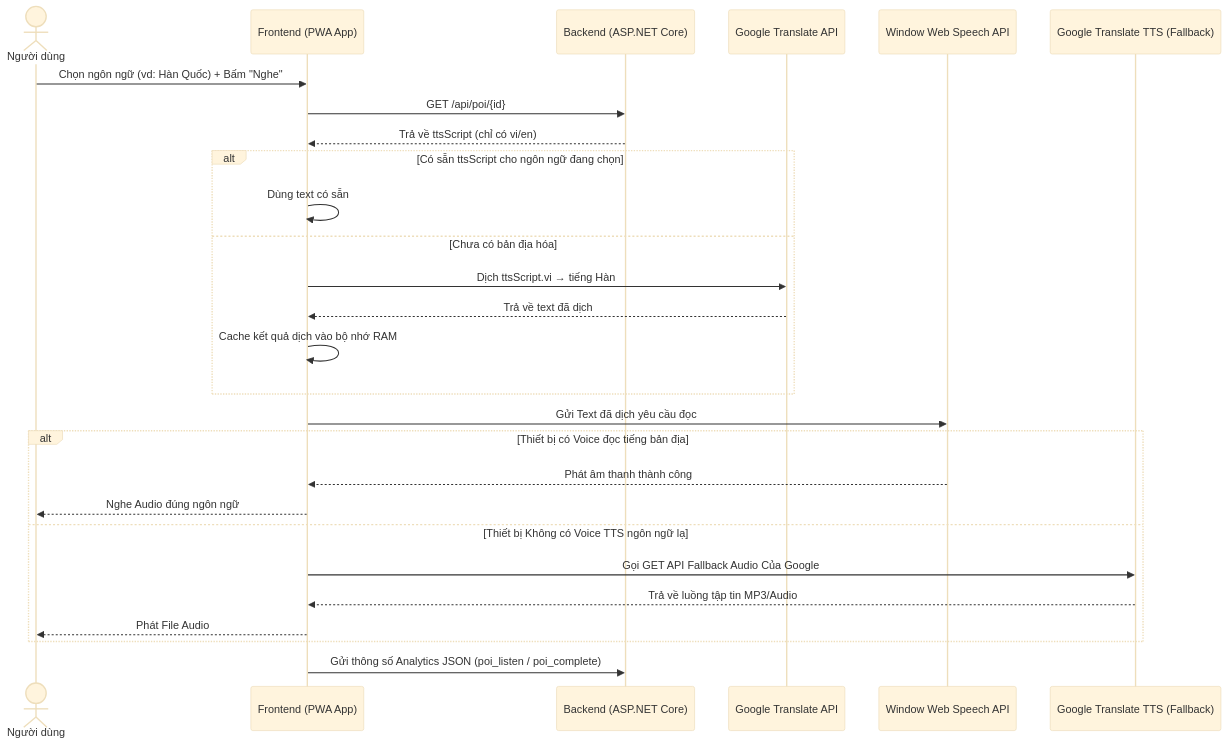
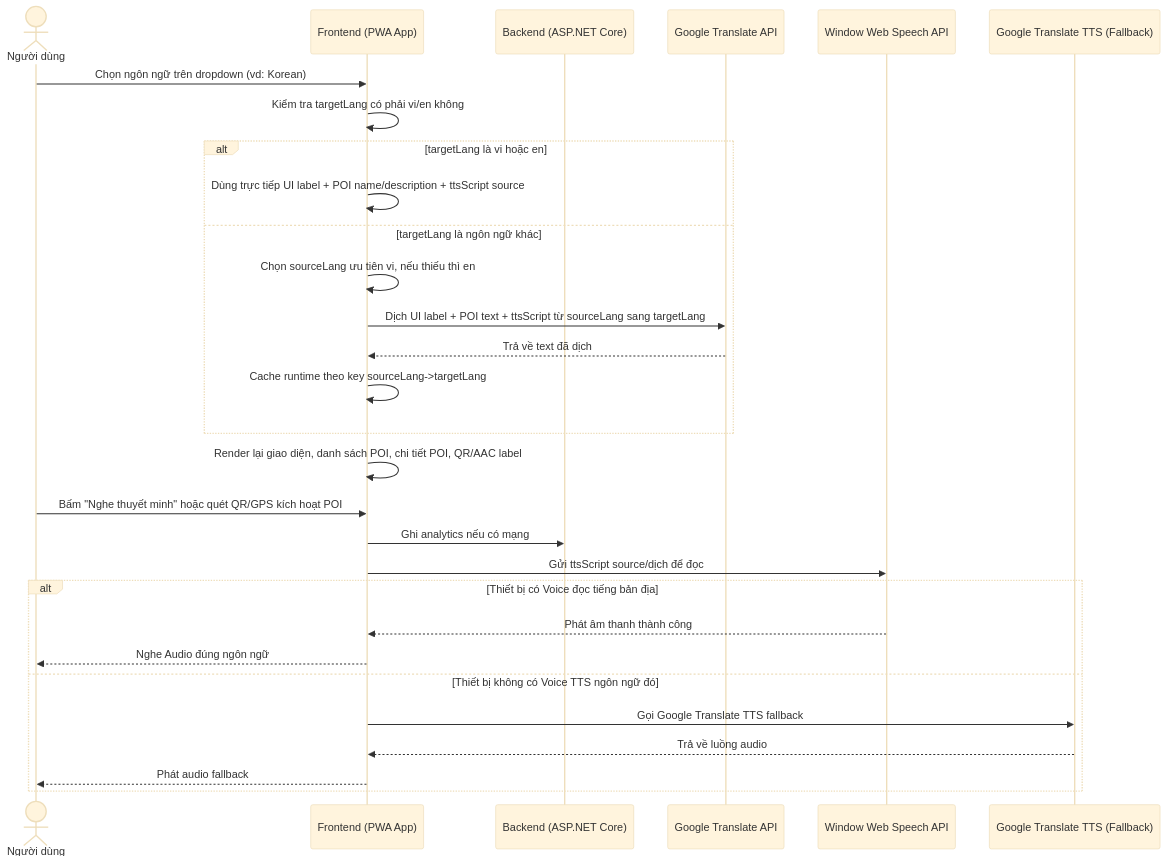
The third of 7 diagrams in PRD_VinhKhanh_Final2.md (Hzyl/CShape), drawn with Mermaid (base theme) before and after one commit. The commit also changed other lines of this file and 57 other files, not shown here.

````diff
--- a/PRD_VinhKhanh_Final2.md
+++ b/PRD_VinhKhanh_Final2.md
@@ -174,34 +209,35 @@
 ```mermaid
 sequenceDiagram
     actor User as Người dùng
     participant App as Frontend (PWA App)
     participant API as Backend (ASP.NET Core)
     participant GTranslate as Google Translate API
     participant BrowserTTS as Window Web Speech API
     participant GoogleTTS as Google Translate TTS (Fallback)
 
-    User->>App: Chọn ngôn ngữ (vd: Hàn Quốc) + Bấm "Nghe"
-    App->>API: GET /api/poi/{id}
-    API-->>App: Trả về ttsScript (chỉ có vi/en)
-    
-    alt Có sẵn ttsScript cho ngôn ngữ đang chọn
-        App->>App: Dùng text có sẵn
-    else Chưa có bản địa hóa
-        App->>GTranslate: Dịch ttsScript.vi → tiếng Hàn
+    User->>App: Chọn ngôn ngữ trên dropdown (vd: Korean)
+    App->>App: Kiểm tra targetLang có phải vi/en không
+
+    alt targetLang là vi hoặc en
+        App->>App: Dùng trực tiếp UI label + POI name/description + ttsScript source
+    else targetLang là ngôn ngữ khác
+        App->>App: Chọn sourceLang ưu tiên vi, nếu thiếu thì en
+        App->>GTranslate: Dịch UI label + POI text + ttsScript từ sourceLang sang targetLang
         GTranslate-->>App: Trả về text đã dịch
-        App->>App: Cache kết quả dịch vào bộ nhớ RAM
+        App->>App: Cache runtime theo key sourceLang->targetLang
     end
-    
-    App->>BrowserTTS: Gửi Text đã dịch yêu cầu đọc
-    
+
+    App->>App: Render lại giao diện, danh sách POI, chi tiết POI, QR/AAC label
+    User->>App: Bấm "Nghe thuyết minh" hoặc quét QR/GPS kích hoạt POI
+    App->>API: Ghi analytics nếu có mạng
+    App->>BrowserTTS: Gửi ttsScript source/dịch để đọc
+
     alt Thiết bị có Voice đọc tiếng bản địa
         BrowserTTS-->>App: Phát âm thanh thành công
         App-->>User: Nghe Audio đúng ngôn ngữ
-    else Thiết bị Không có Voice TTS ngôn ngữ lạ
-         App->>GoogleTTS: Gọi GET API Fallback Audio Của Google
-         GoogleTTS-->>App: Trả về luồng tập tin MP3/Audio
-         App-->>User: Phát File Audio
+    else Thiết bị không có Voice TTS ngôn ngữ đó
+        App->>GoogleTTS: Gọi Google Translate TTS fallback
+        GoogleTTS-->>App: Trả về luồng audio
+        App-->>User: Phát audio fallback
     end
-    
-    App->>API: Gửi thông số Analytics JSON (poi_listen / poi_complete)
 ```
````
